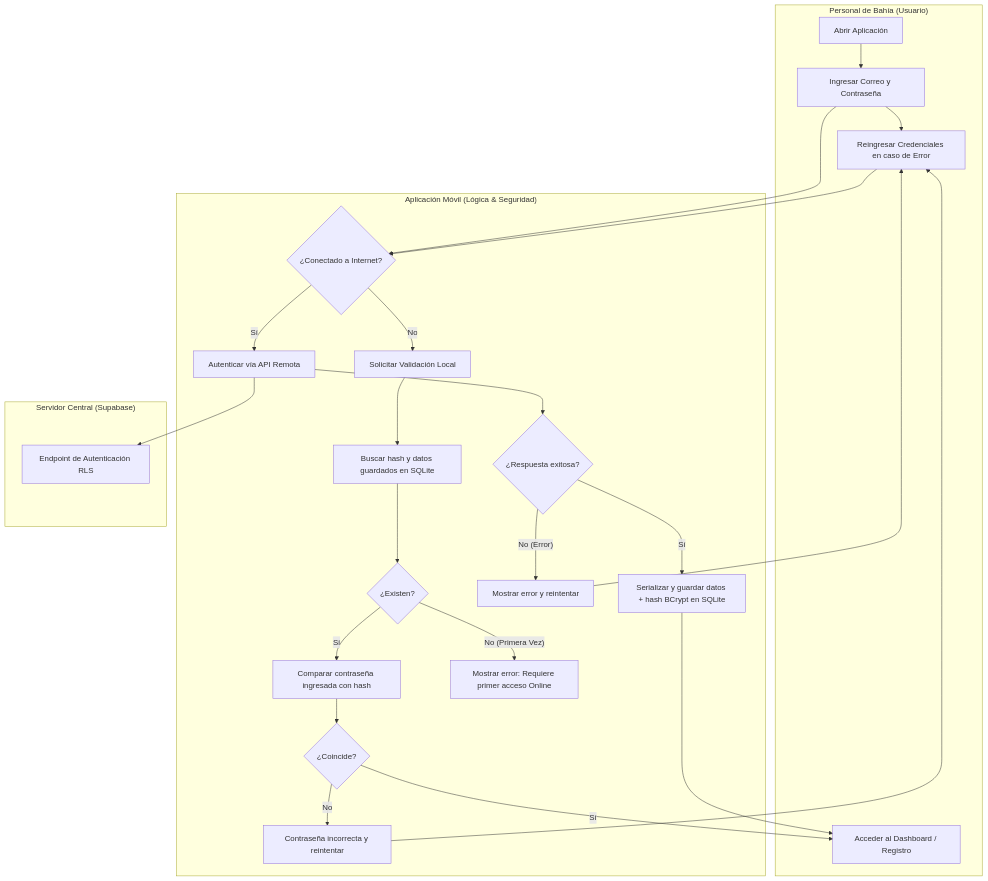
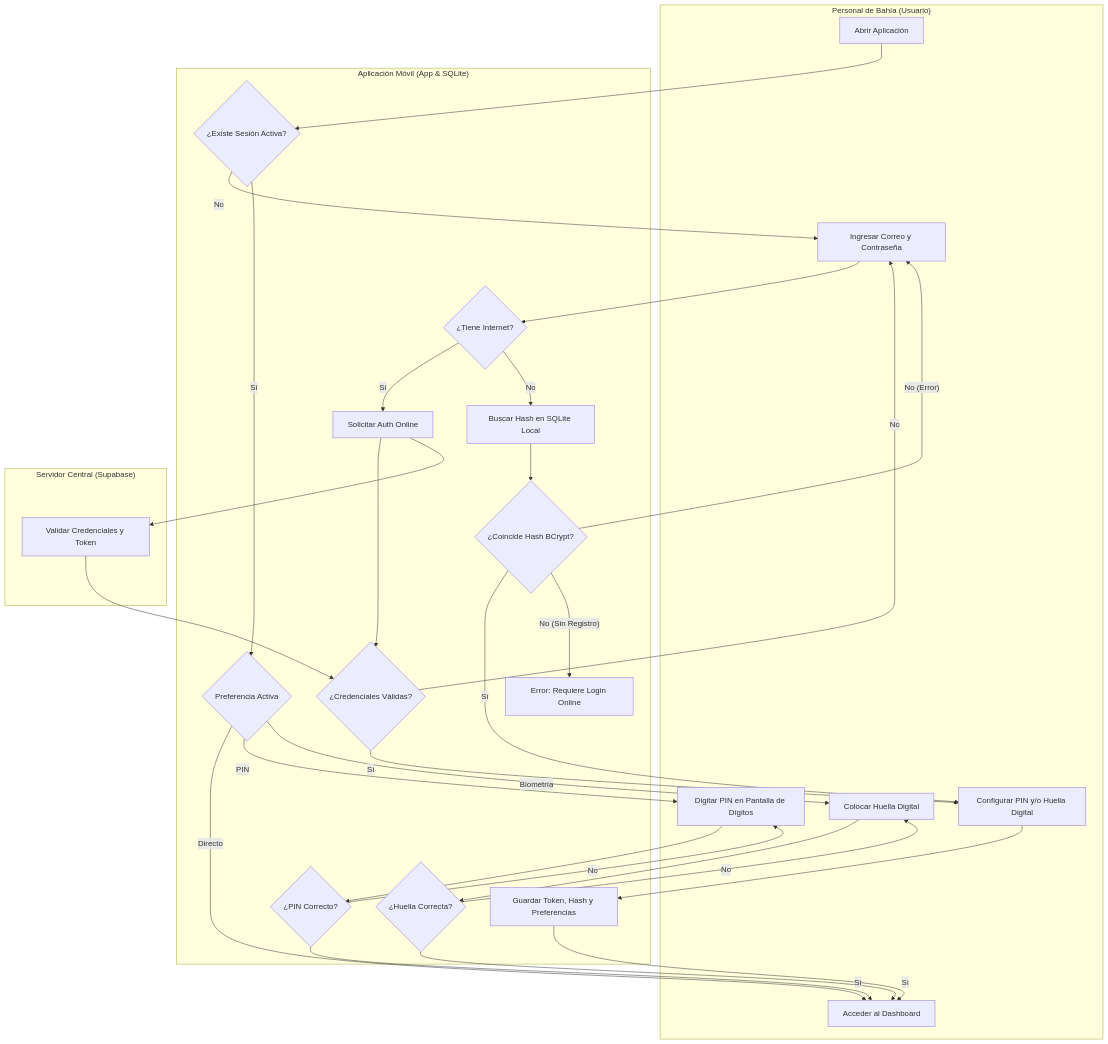
One commit to brismarinatracker-corporation/Brismar changed the diagram in docs/brismar_brain/FLUJO_01_AUTENTICACION_OFFLINE.md. Above: the diagram before and after it, drawn with Mermaid. The commit also changed other lines of this file and 1 other file, not shown here.

Commit message:
docs: rediseñar flujo de autenticación para soportar inicio inicial completo y acceso simplificado por PIN o biometría

````diff
--- a/docs/brismar_brain/FLUJO_01_AUTENTICACION_OFFLINE.md
+++ b/docs/brismar_brain/FLUJO_01_AUTENTICACION_OFFLINE.md
@@ -9,32 +9,52 @@
 ```mermaid
 graph TB
     subgraph Bahia ["Personal de Bahía (Usuario)"]
-        A[Abrir Aplicación] --> B[Ingresar Correo y Contraseña]
-        B --> B_Loop[Reingresar Credenciales en caso de Error]
-        G[Acceder al Dashboard / Registro]
+        A[Abrir Aplicación]
+        InputFull[Ingresar Correo y Contraseña]
+        SetupQuick[Configurar PIN y/o Huella Digital]
+        InputPIN[Digitar PIN en Pantalla de Dígitos]
+        ProvideBio[Colocar Huella Digital]
+        Dashboard[Acceder al Dashboard]
     end
 
-    subgraph AppMobile ["Aplicación Móvil (Lógica & Seguridad)"]
-        B --> C{¿Conectado a Internet?}
-        B_Loop --> C
-        C -- Sí --> D[Autenticar vía API Remota]
-        C -- No --> H[Solicitar Validación Local]
-        D --> E{¿Respuesta exitosa?}
-        E -- Sí --> F[Serializar y guardar datos + hash BCrypt en SQLite]
-        E -- No (Error) --> ErrorRemote[Mostrar error y reintentar]
-        ErrorRemote --> B_Loop
-        H --> I[Buscar hash y datos guardados en SQLite]
-        I --> J{¿Existen?}
-        J -- Sí --> K[Comparar contraseña ingresada con hash]
-        J -- No (Primera Vez) --> ErrorOffline[Mostrar error: Requiere primer acceso Online]
-        K --> L{¿Coincide?}
-        L -- Sí --> G
-        L -- No --> ErrorPass[Contraseña incorrecta y reintentar]
-        ErrorPass --> B_Loop
-        F --> G
+    subgraph AppMobile ["Aplicación Móvil (App & SQLite)"]
+        A --> CheckSession{¿Existe Sesión Activa?}
+        CheckSession -- No --> InputFull
+        InputFull --> CheckNetwork{¿Tiene Internet?}
+        
+        %% Flujo Online
+        CheckNetwork -- Sí --> OnlineAuth[Solicitar Auth Online]
+        OnlineAuth --> CheckCredentials{¿Credenciales Válidas?}
+        CheckCredentials -- Sí --> SetupQuick
+        CheckCredentials -- No --> InputFull
+        
+        %% Flujo Offline
+        CheckNetwork -- No --> OfflineAuth[Buscar Hash en SQLite Local]
+        OfflineAuth --> CheckHash{¿Coincide Hash BCrypt?}
+        CheckHash -- Sí --> SetupQuick
+        CheckHash -- No (Error) --> InputFull
+        CheckHash -- No (Sin Registro) --> FailNoCache[Error: Requiere Login Online]
+        
+        SetupQuick --> SaveSession[Guardar Token, Hash y Preferencias]
+        SaveSession --> Dashboard
+        
+        %% Acceso Simplificado
+        CheckSession -- Sí --> CheckQuickPref{Preferencia Activa}
+        CheckQuickPref -- Directo --> Dashboard
+        CheckQuickPref -- PIN --> InputPIN
+        CheckQuickPref -- Biometría --> ProvideBio
+        
+        InputPIN --> CheckPIN{¿PIN Correcto?}
+        CheckPIN -- Sí --> Dashboard
+        CheckPIN -- No --> InputPIN
+        
+        ProvideBio --> CheckBio{¿Huella Correcta?}
+        CheckBio -- Sí --> Dashboard
+        CheckBio -- No --> ProvideBio
     end
 
     subgraph Supabase ["Servidor Central (Supabase)"]
-        D --> AuthEndpoint["Endpoint de Autenticación RLS"]
+        OnlineAuth --> SupabaseVerify[Validar Credenciales y Token]
+        SupabaseVerify --> CheckCredentials
     end
 ```
````
